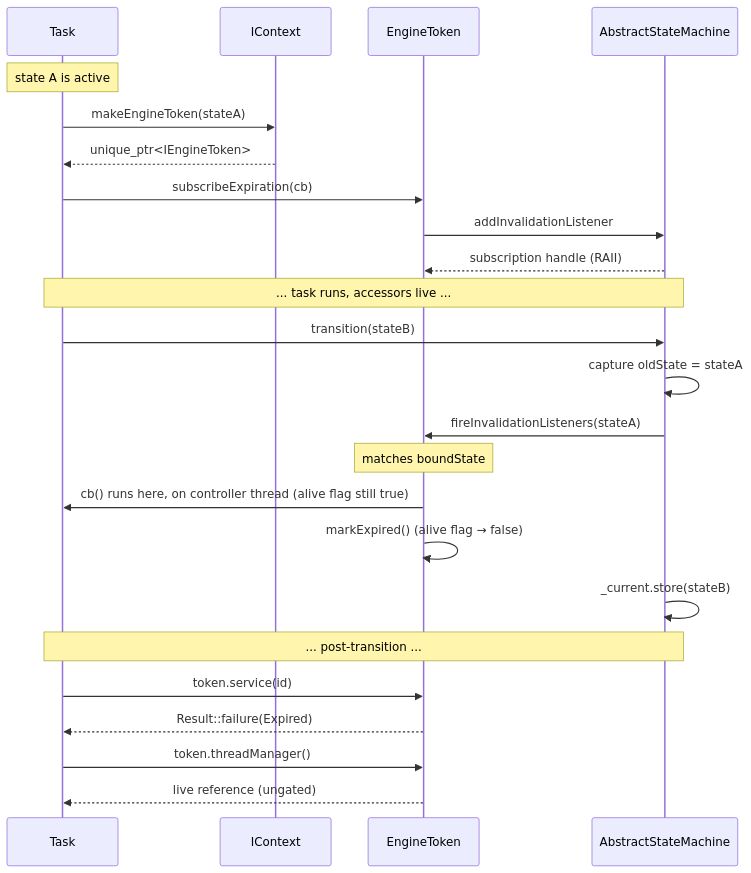
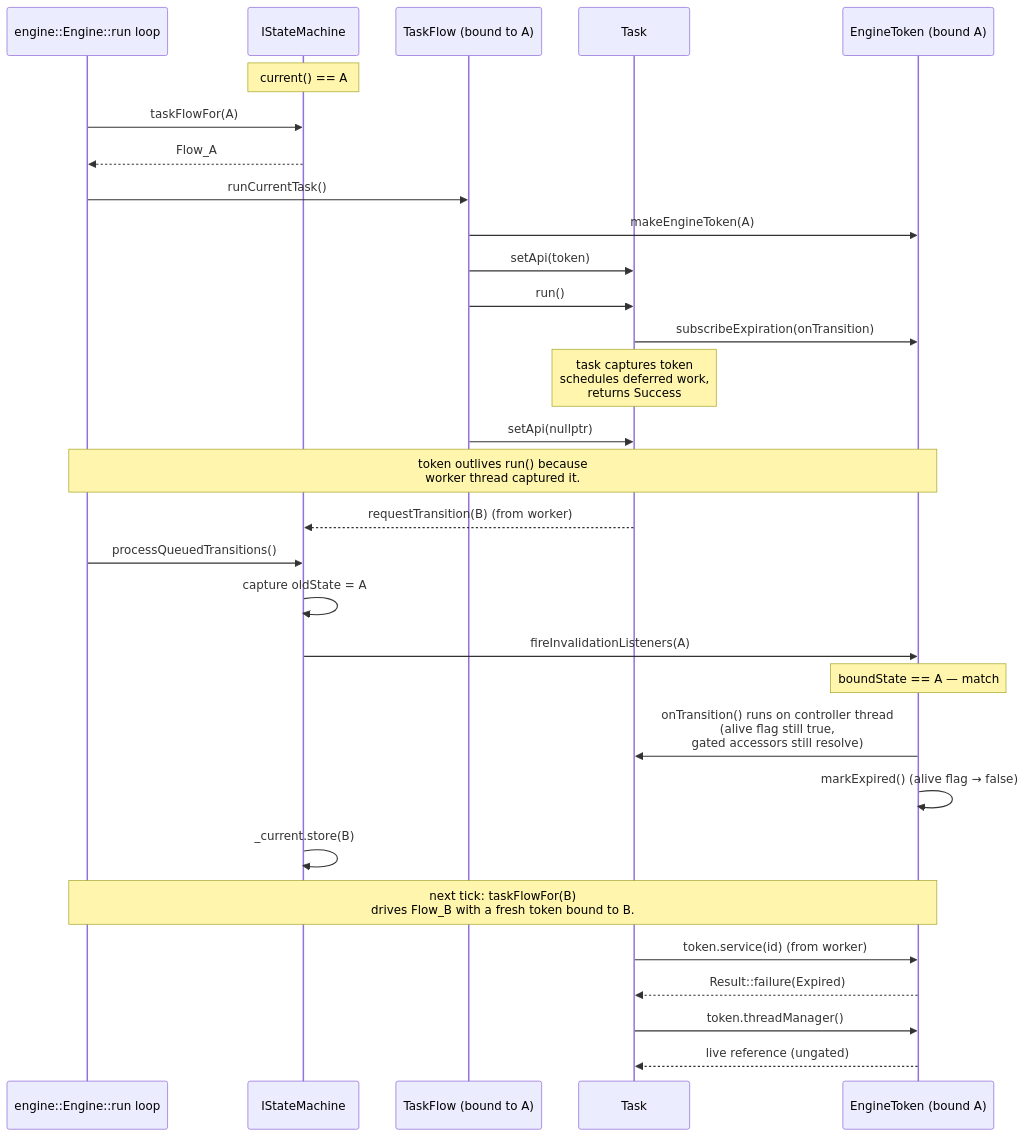
The diagram in doc/ecs/engine-token.md (vigine-dev/Vigine), drawn with Mermaid before and after one commit. The commit also changed other lines of this file and 1 other file, not shown here.

First line of the commit message:
Refresh engine-token.md and system.md for FSM-driven token lifecycle (#338)

````diff
--- a/doc/ecs/engine-token.md
+++ b/doc/ecs/engine-token.md
@@ -159,31 +215,37 @@
 ```mermaid
 sequenceDiagram
+    participant Engine as engine::Engine::run loop
+    participant FSM as IStateMachine
+    participant Flow as TaskFlow (bound to A)
     participant Task
-    participant Context as IContext
-    participant Token as EngineToken
-    participant ASM as AbstractStateMachine
+    participant Token as EngineToken (bound A)
 
-    Note over Task: state A is active
-    Task->>Context: makeEngineToken(stateA)
-    Context-->>Task: unique_ptr<IEngineToken>
-    Task->>Token: subscribeExpiration(cb)
-    Token->>ASM: addInvalidationListener
-    ASM-->>Token: subscription handle (RAII)
+    Note over FSM: current() == A
+    Engine->>FSM: taskFlowFor(A)
+    FSM-->>Engine: Flow_A
+    Engine->>Flow: runCurrentTask()
+    Flow->>Token: makeEngineToken(A)
+    Flow->>Task: setApi(token)
+    Flow->>Task: run()
+    Task->>Token: subscribeExpiration(onTransition)
+    Note over Task: task captures token<br/>schedules deferred work,<br/>returns Success
+    Flow->>Task: setApi(nullptr)
 
-    Note over Task,ASM: ... task runs, accessors live ...
+    Note over Engine,Token: token outlives run() because<br/>worker thread captured it.
 
-    Task->>ASM: transition(stateB)
-    ASM->>ASM: capture oldState = stateA
-    ASM->>Token: fireInvalidationListeners(stateA)
-    Note over Token: matches boundState
-    Token->>Task: cb() runs here, on controller thread (alive flag still true)
+    Task-->>FSM: requestTransition(B) (from worker)
+    Engine->>FSM: processQueuedTransitions()
+    FSM->>FSM: capture oldState = A
+    FSM->>Token: fireInvalidationListeners(A)
+    Note over Token: boundState == A — match
+    Token->>Task: onTransition() runs on controller thread<br/>(alive flag still true,<br/>gated accessors still resolve)
     Token->>Token: markExpired() (alive flag → false)
-    ASM->>ASM: _current.store(stateB)
+    FSM->>FSM: _current.store(B)
 
-    Note over Task,ASM: ... post-transition ...
+    Note over Engine,Token: next tick: taskFlowFor(B)<br/>drives Flow_B with a fresh token bound to B.
 
-    Task->>Token: token.service(id)
+    Task->>Token: token.service(id) (from worker)
     Token-->>Task: Result::failure(Expired)
     Task->>Token: token.threadManager()
     Token-->>Task: live reference (ungated)
 ```
````
